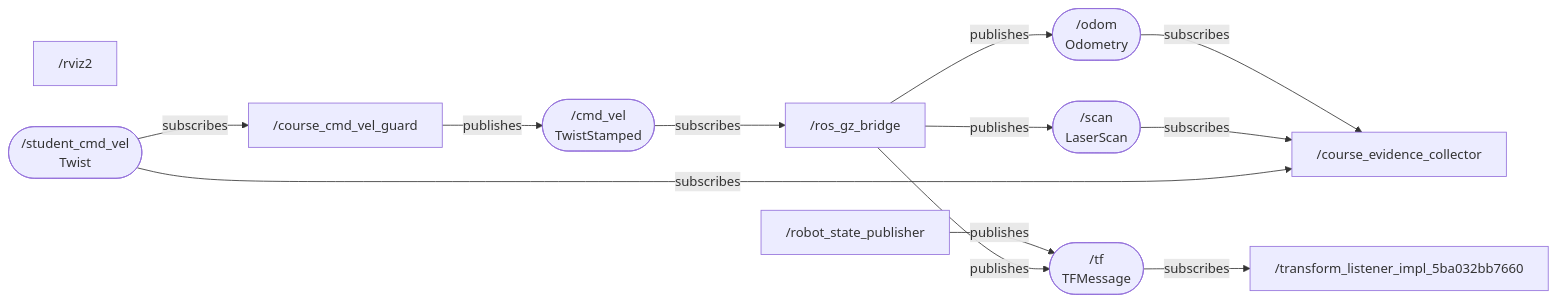
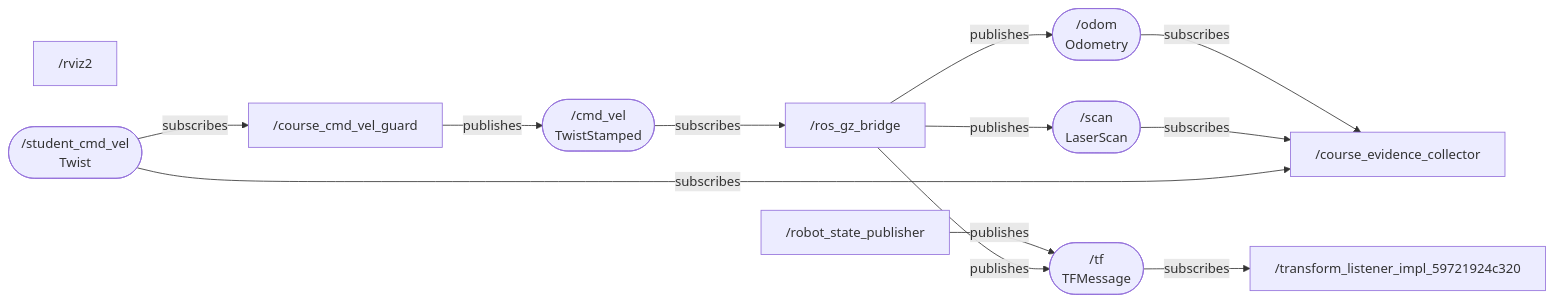
The diagram in week01_ros_foundations/student_submission/mission_1/ros_system_diagram.md (axm92/robotics-fall2026), drawn with Mermaid before and after one commit. The commit also changed 17 other files, not shown here.

````diff
--- a/week01_ros_foundations/student_submission/mission_1/ros_system_diagram.md
+++ b/week01_ros_foundations/student_submission/mission_1/ros_system_diagram.md
@@ -3,25 +3,25 @@
 ```mermaid
 flowchart LR
   n0["/course_cmd_vel_guard"]
   n1["/course_evidence_collector"]
   n2["/robot_state_publisher"]
   n3["/ros_gz_bridge"]
   n4["/rviz2"]
-  n5["/transform_listener_impl_5ba032bb7660"]
+  n5["/transform_listener_impl_59721924c320"]
   t0(["/cmd_vel<br/>TwistStamped"])
   n0 -->|publishes| t0
   t0 -->|subscribes| n3
   t1(["/odom<br/>Odometry"])
   n3 -->|publishes| t1
   t1 -->|subscribes| n1
   t2(["/scan<br/>LaserScan"])
   n3 -->|publishes| t2
   t2 -->|subscribes| n1
   t3(["/student_cmd_vel<br/>Twist"])
   t3 -->|subscribes| n0
   t3 -->|subscribes| n1
   t4(["/tf<br/>TFMessage"])
   n2 -->|publishes| t4
   n3 -->|publishes| t4
   t4 -->|subscribes| n5
 ```
````
